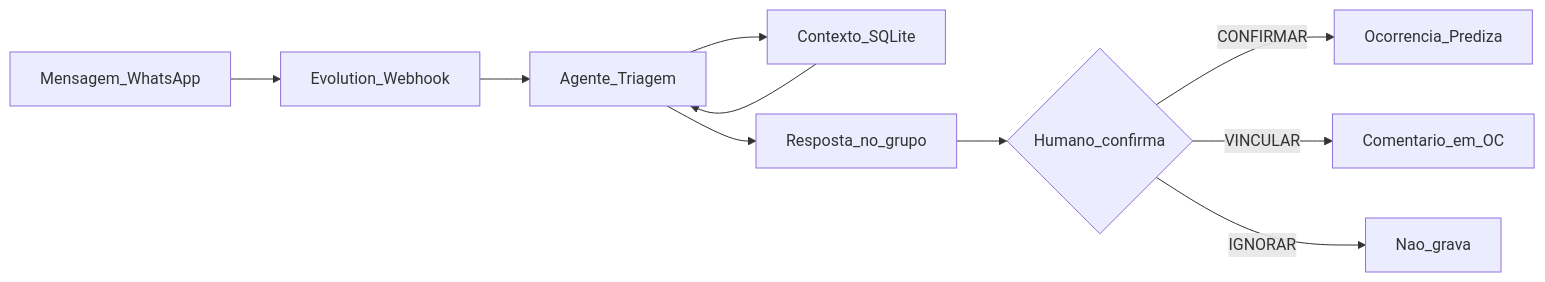
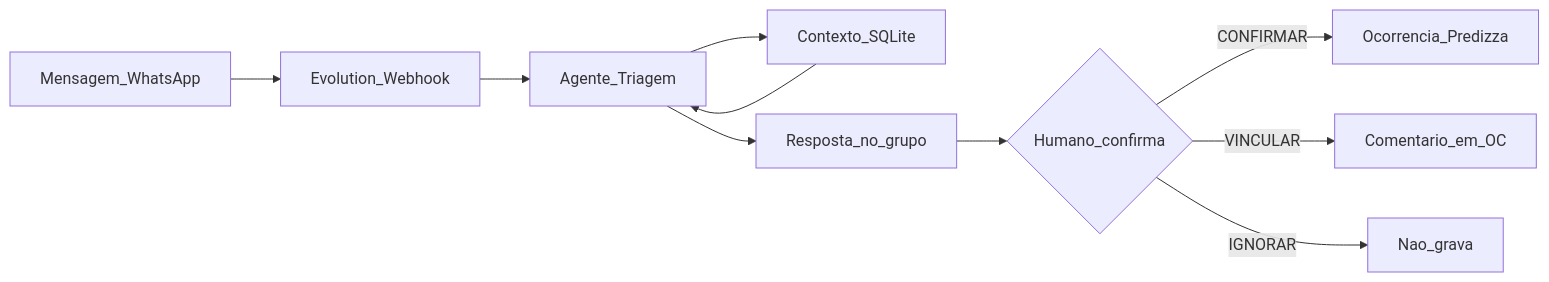
Before and after one commit to leandro-machado-costa/predizza: the diagram in docs/evento-avaliacao.md, drawn with Mermaid. The commit also changed other lines of this file and 57 other files, not shown here.

First line of the commit message:
rename: Prediza → Predizza em todo o projeto

````diff
--- a/docs/evento-avaliacao.md
+++ b/docs/evento-avaliacao.md
@@ -90,12 +90,12 @@
 ```mermaid
 flowchart LR
   msg[Mensagem_WhatsApp] --> evo[Evolution_Webhook]
   evo --> triage[Agente_Triagem]
   triage --> ctx[Contexto_SQLite]
   ctx --> triage
   triage --> reply[Resposta_no_grupo]
   reply --> human{Humano_confirma}
-  human -->|CONFIRMAR| occ[Ocorrencia_Prediza]
+  human -->|CONFIRMAR| occ[Ocorrencia_Predizza]
   human -->|VINCULAR| link[Comentario_em_OC]
   human -->|IGNORAR| drop[Nao_grava]
 ```
````
